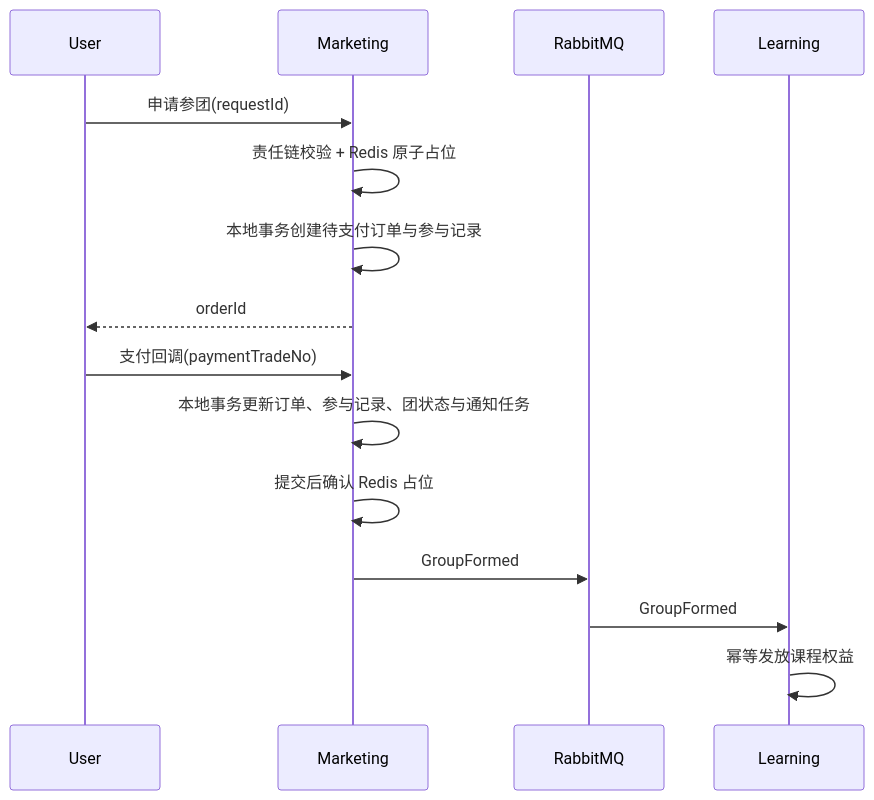
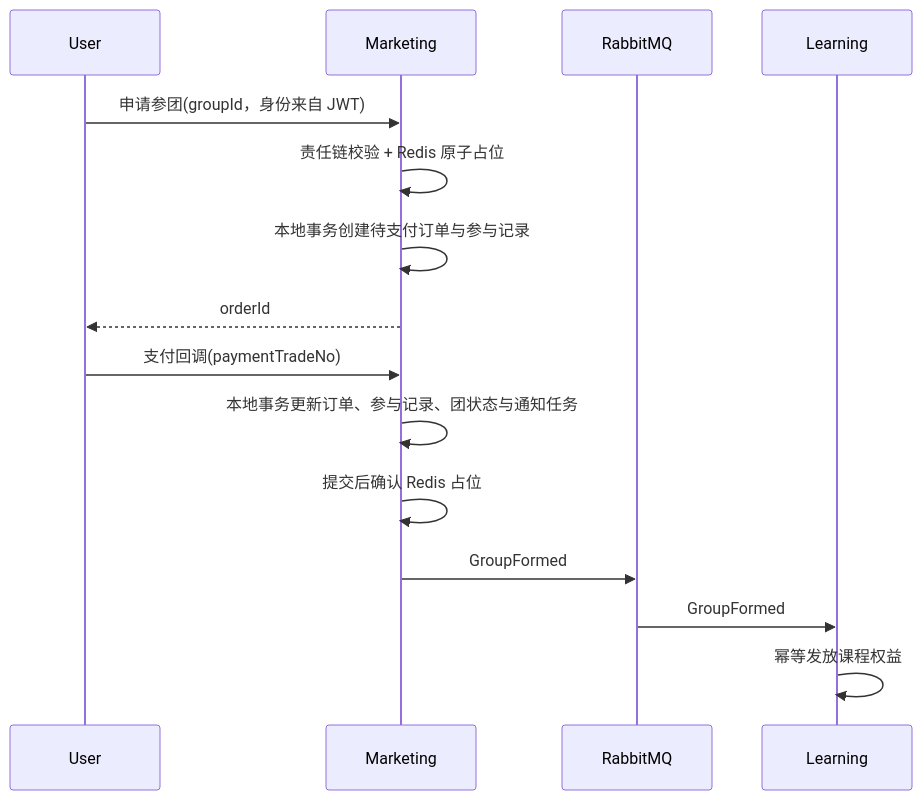
Before and after one commit to SarekCui/knowledge-workshop: the diagram in docs/03-domain-and-consistency.md, drawn with Mermaid. The commit also changed other lines of this file and 87 other files, not shown here.

````diff
--- a/docs/03-domain-and-consistency.md
+++ b/docs/03-domain-and-consistency.md
@@ -50,18 +50,18 @@
 ```mermaid
 sequenceDiagram
     participant U as User
     participant M as Marketing
     participant Q as RabbitMQ
     participant L as Learning
 
-    U->>M: 申请参团(requestId)
+    U->>M: 申请参团(groupId，身份来自 JWT)
     M->>M: 责任链校验 + Redis 原子占位
     M->>M: 本地事务创建待支付订单与参与记录
     M-->>U: orderId
     U->>M: 支付回调(paymentTradeNo)
     M->>M: 本地事务更新订单、参与记录、团状态与通知任务
     M->>M: 提交后确认 Redis 占位
     M->>Q: GroupFormed
     Q->>L: GroupFormed
     L->>L: 幂等发放课程权益
 ```
````
